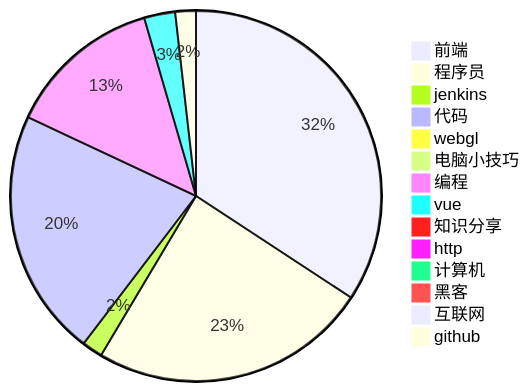
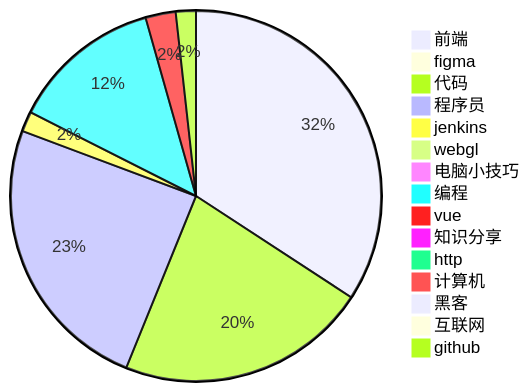
One commit to xieerduos/xieerduos.github.io changed the diagram in douyin/RankingList.md. Above: the diagram before and after it, drawn with Mermaid. The commit also changed other lines of this file, not shown here.

````diff
--- a/douyin/RankingList.md
+++ b/douyin/RankingList.md
@@ -59,17 +60,18 @@
 ```Mermaid
 pie title 
-    "前端" : 38
-    "程序员" : 27
+    "前端" : 39
+    "figma" : 1
+    "代码" : 25
+    "程序员" : 28
     "jenkins" : 2
-    "代码" : 24
     "webgl" : 1
     "电脑小技巧" : 1
     "编程" : 15
     "vue" : 3
     "知识分享" : 1
     "http" : 1
     "计算机" : 1
     "黑客" : 1
     "互联网" : 1
     "github" : 2
 ```
````
